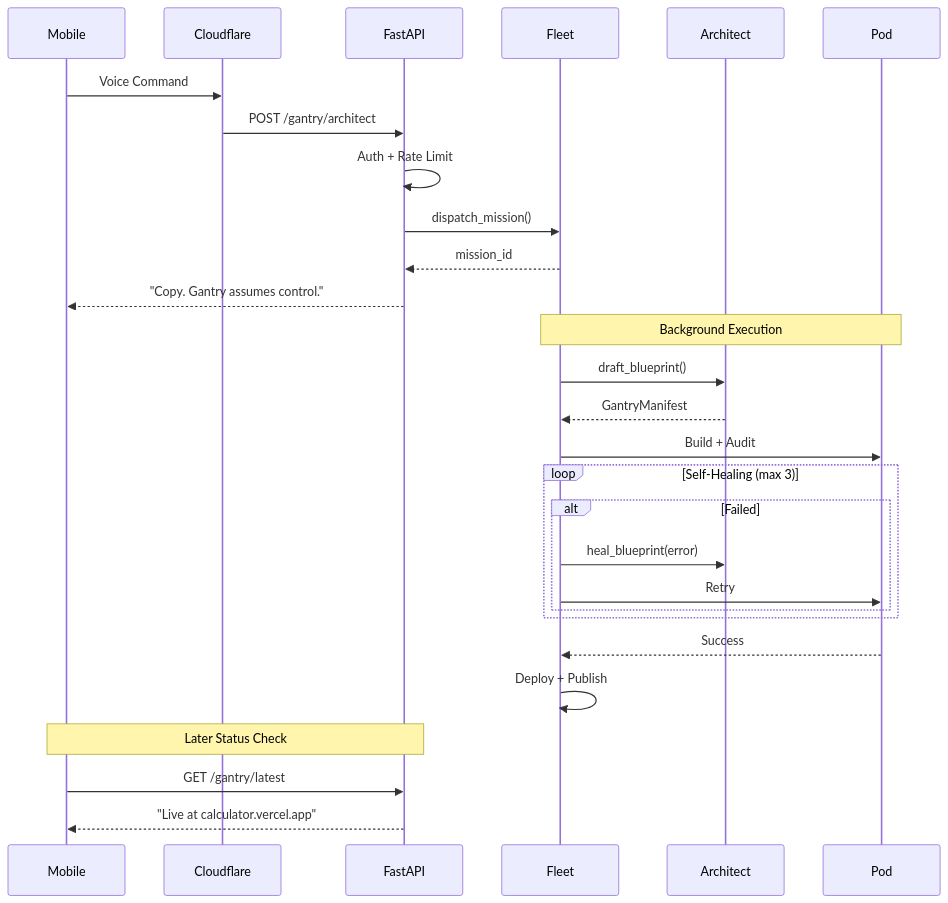
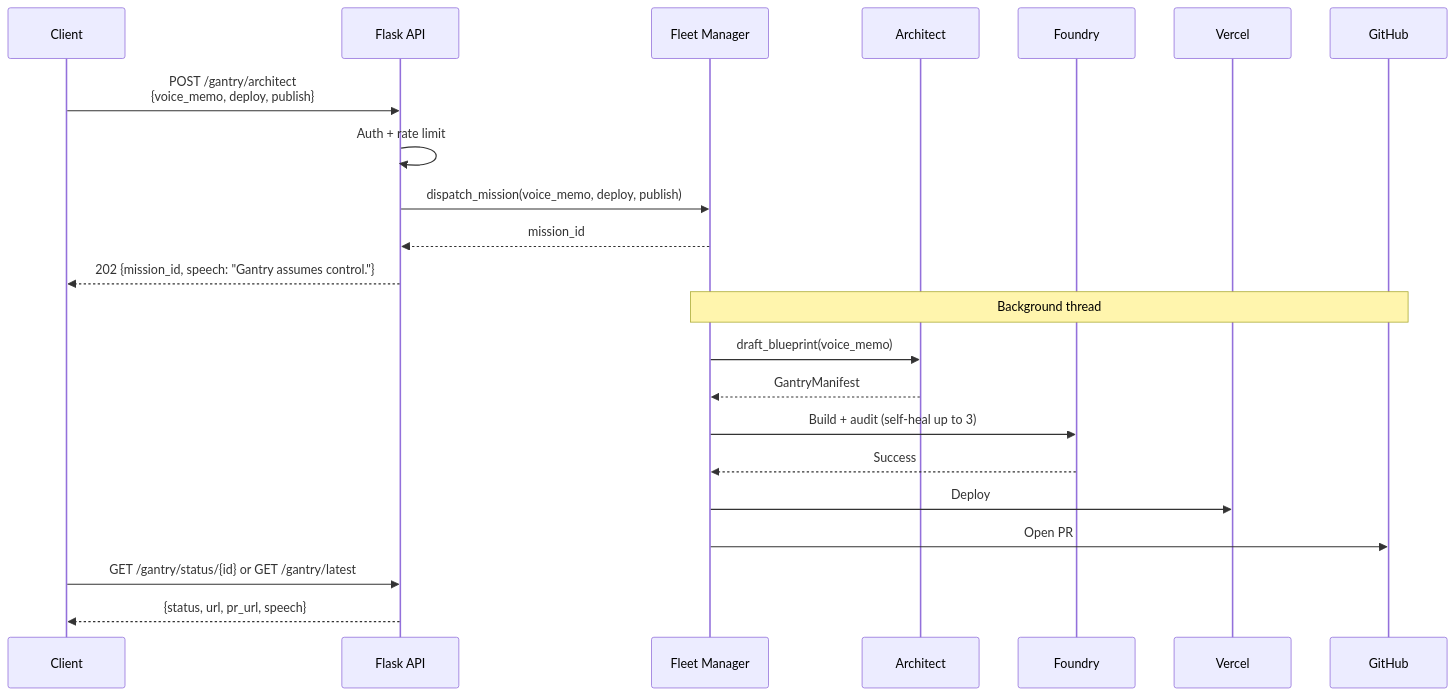
One commit to Jarvis2021/gantry changed the third of 4 diagrams in ARCHITECTURE.md. Above: the diagram before and after it, drawn with Mermaid. The commit also changed other lines of this file and 1 other file, not shown here.

First line of the commit message:
docs: align ARCHITECTURE and README with V6.5 consultation loop

````diff
--- a/ARCHITECTURE.md
+++ b/ARCHITECTURE.md
@@ -191,36 +171,27 @@
 ```mermaid
 sequenceDiagram
-    participant Phone as Mobile
-    participant Tunnel as Cloudflare
-    participant API as FastAPI
-    participant Fleet as Fleet
-    participant AI as Architect
-    participant Pod as Pod
+    participant Client as Client
+    participant API as Flask API
+    participant Fleet as Fleet Manager
+    participant Architect as Architect
+    participant Pod as Foundry
+    participant Vercel as Vercel
+    participant GitHub as GitHub
 
-    Phone->>Tunnel: Voice Command
-    Tunnel->>API: POST /gantry/architect
-    API->>API: Auth + Rate Limit
-    API->>Fleet: dispatch_mission()
+    Client->>API: POST /gantry/architect<br/>{voice_memo, deploy, publish}
+    API->>API: Auth + rate limit
+    API->>Fleet: dispatch_mission(voice_memo, deploy, publish)
     Fleet-->>API: mission_id
-    API-->>Phone: "Copy. Gantry assumes control."
-    
-    Note over Fleet,Pod: Background Execution
-    
-    Fleet->>AI: draft_blueprint()
-    AI-->>Fleet: GantryManifest
-    Fleet->>Pod: Build + Audit
-    
-    loop Self-Healing (max 3)
-        alt Failed
-            Fleet->>AI: heal_blueprint(error)
-            Fleet->>Pod: Retry
-        end
-    end
-    
+    API-->>Client: 202 {mission_id, speech: "Gantry assumes control."}
+
+    Note over Fleet,GitHub: Background thread
+    Fleet->>Architect: draft_blueprint(voice_memo)
+    Architect-->>Fleet: GantryManifest
+    Fleet->>Pod: Build + audit (self-heal up to 3)
     Pod-->>Fleet: Success
-    Fleet->>Fleet: Deploy + Publish
-    
-    Note over Phone,API: Later Status Check
-    Phone->>API: GET /gantry/latest
-    API-->>Phone: "Live at calculator.vercel.app"
+    Fleet->>Vercel: Deploy
+    Fleet->>GitHub: Open PR
+
+    Client->>API: GET /gantry/status/{id} or GET /gantry/latest
+    API-->>Client: {status, url, pr_url, speech}
 ```
````
